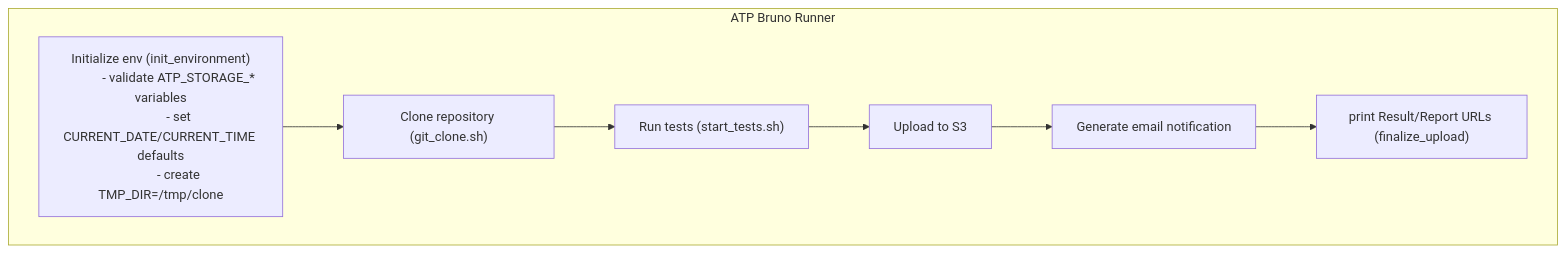
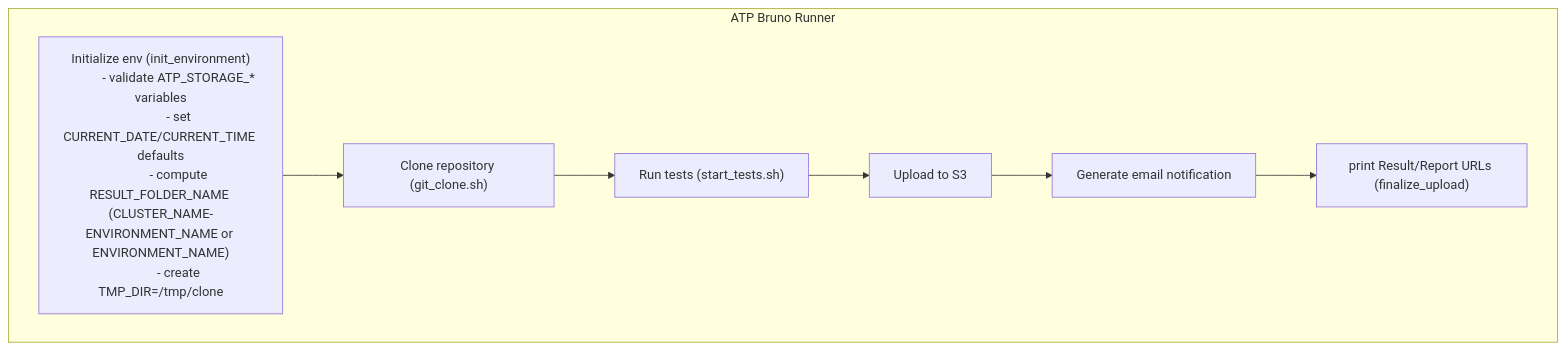
Before and after one commit to Netcracker/qubership-testing-platform-bruno-runner: the diagram in README.md, drawn with Mermaid. The commit also changed other lines of this file and 3 other files, not shown here.

Commit message:
feat: add cluster name, set lib 1.0.36

````diff
--- a/README.md
+++ b/README.md
@@ -258,16 +259,17 @@
 ```mermaid
 flowchart TD
     subgraph atp_bruno_runner["ATP Bruno Runner"]
         direction LR
         runner_step1["Initialize env (init_environment)
             - validate ATP_STORAGE_* variables
             - set CURRENT_DATE/CURRENT_TIME defaults
+            - compute RESULT_FOLDER_NAME (CLUSTER_NAME-ENVIRONMENT_NAME or ENVIRONMENT_NAME)
             - create TMP_DIR=/tmp/clone
         "] -->
         runner_step2["Clone repository (git_clone.sh)"] -->
         runner_step3["Run tests (start_tests.sh)"] -->
         runner_step4["Upload to S3"] -->
         runner_step5["Generate email notification"] -->
         runner_step6["print Result/Report URLs (finalize_upload)"]
     end
 ```
````
